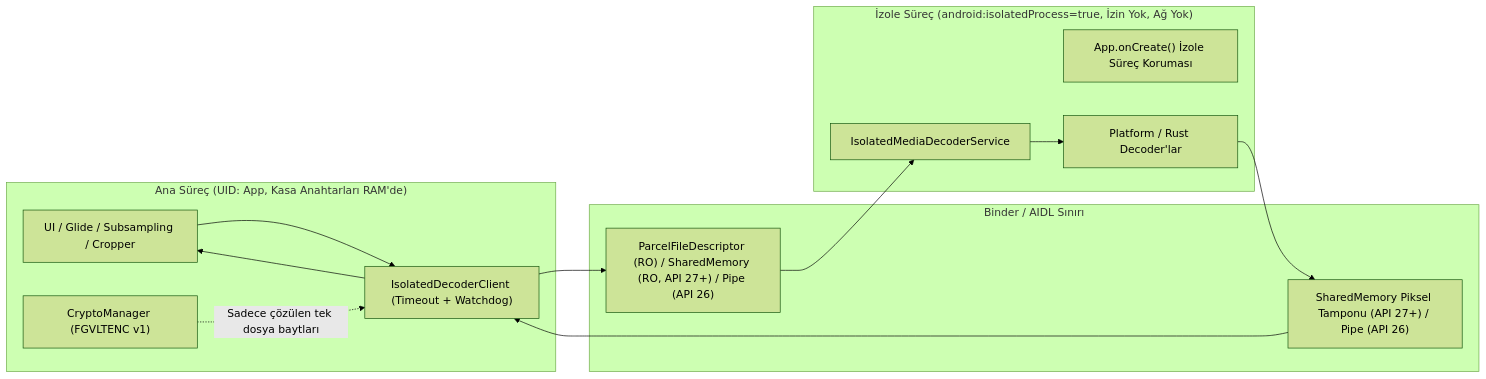
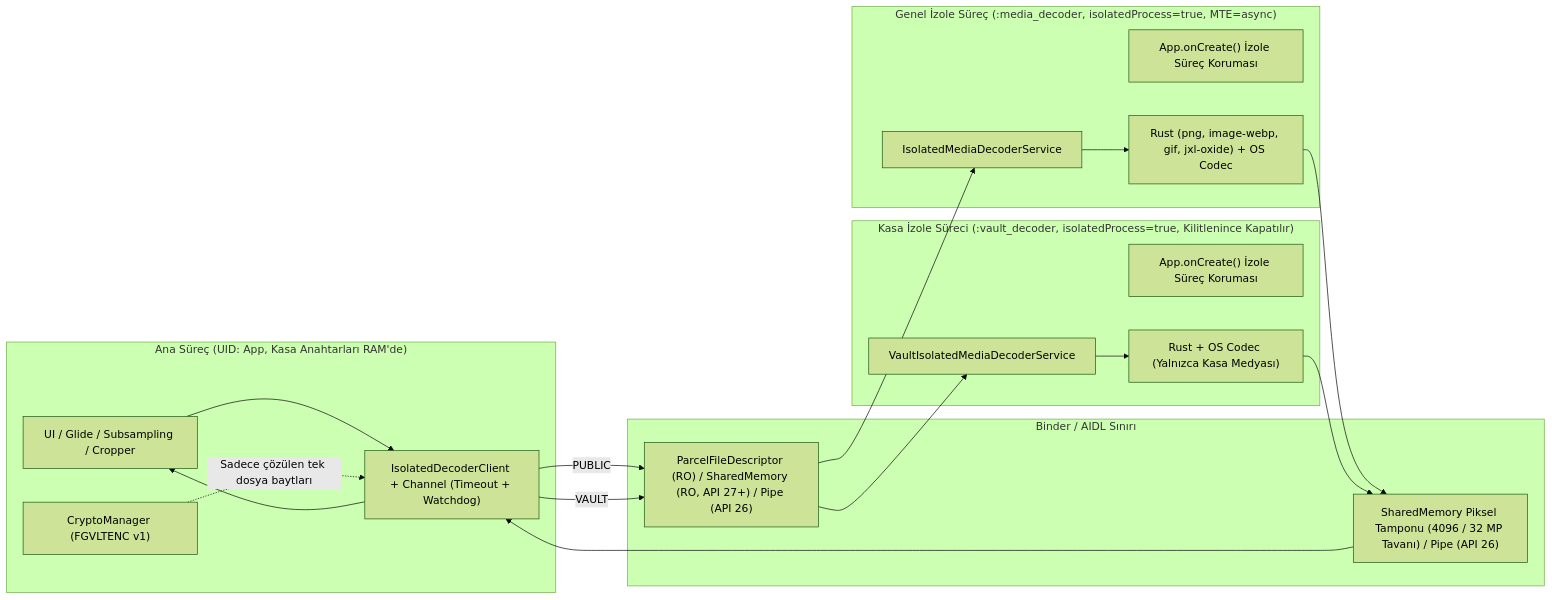
The diagram in docs/adr/0009-isolated-media-decoding.md (akbudakanl/Calypso-Gallery), drawn with Mermaid (forest theme) before and after one commit. The commit also changed other lines of this file and 63 other files, not shown here.

First line of the commit message:
feat(media): harden isolated decoding with SVG gate, vault split, Rust PNG/APNG/aWebP, HDR & FD streaming

````diff
--- a/docs/adr/0009-isolated-media-decoding.md
+++ b/docs/adr/0009-isolated-media-decoding.md
@@ -59,24 +59,32 @@
 ```mermaid
 flowchart LR
     subgraph MainProcess["Ana Süreç (UID: App, Kasa Anahtarları RAM'de)"]
         UI["UI / Glide / Subsampling / Cropper"]
         Vault["CryptoManager (FGVLTENC v1)"]
-        Broker["IsolatedDecoderClient (Timeout + Watchdog)"]
+        Broker["IsolatedDecoderClient + Channel (Timeout + Watchdog)"]
     end
 
     subgraph BinderIPC["Binder / AIDL Sınırı"]
         Input["ParcelFileDescriptor (RO) / SharedMemory (RO, API 27+) / Pipe (API 26)"]
-        Output["SharedMemory Piksel Tamponu (API 27+) / Pipe (API 26)"]
+        Output["SharedMemory Piksel Tamponu (4096 / 32 MP Tavanı) / Pipe (API 26)"]
     end
 
-    subgraph IsolatedProcess["İzole Süreç (android:isolatedProcess=true, İzin Yok, Ağ Yok)"]
-        AppGuard["App.onCreate() İzole Süreç Koruması"]
-        Service["IsolatedMediaDecoderService"]
-        Decoders["Platform / Rust Decoder'lar"]
+    subgraph PublicIsolated["Genel İzole Süreç (:media_decoder, isolatedProcess=true, MTE=async)"]
+        AppGuard1["App.onCreate() İzole Süreç Koruması"]
+        Service1["IsolatedMediaDecoderService"]
+        Decoders1["Rust (png, image-webp, gif, jxl-oxide) + OS Codec"]
+    end
+
+    subgraph VaultIsolated["Kasa İzole Süreci (:vault_decoder, isolatedProcess=true, Kilitlenince Kapatılır)"]
+        AppGuard2["App.onCreate() İzole Süreç Koruması"]
+        Service2["VaultIsolatedMediaDecoderService"]
+        Decoders2["Rust + OS Codec (Yalnızca Kasa Medyası)"]
     end
 
     UI --> Broker
     Vault -. "Sadece çözülen tek dosya baytları" .-> Broker
-    Broker --> Input --> Service --> Decoders
-    Decoders --> Output --> Broker --> UI
+    Broker -- "PUBLIC" --> Input --> Service1 --> Decoders1
+    Broker -- "VAULT" --> Input --> Service2 --> Decoders2
+    Decoders1 --> Output --> Broker --> UI
+    Decoders2 --> Output
 ```
````
